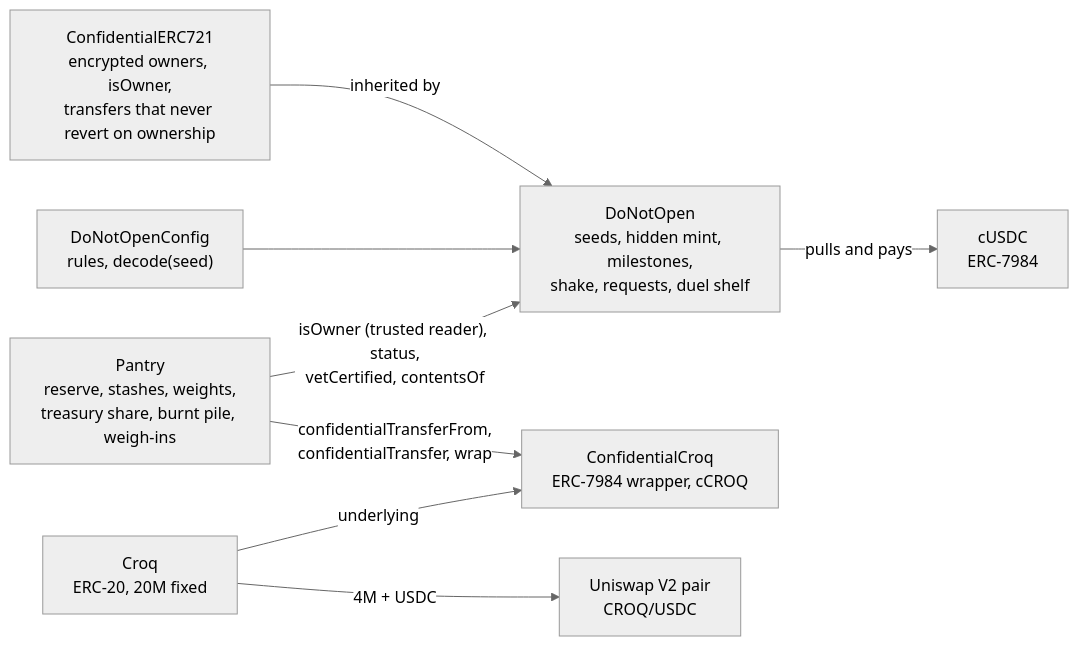
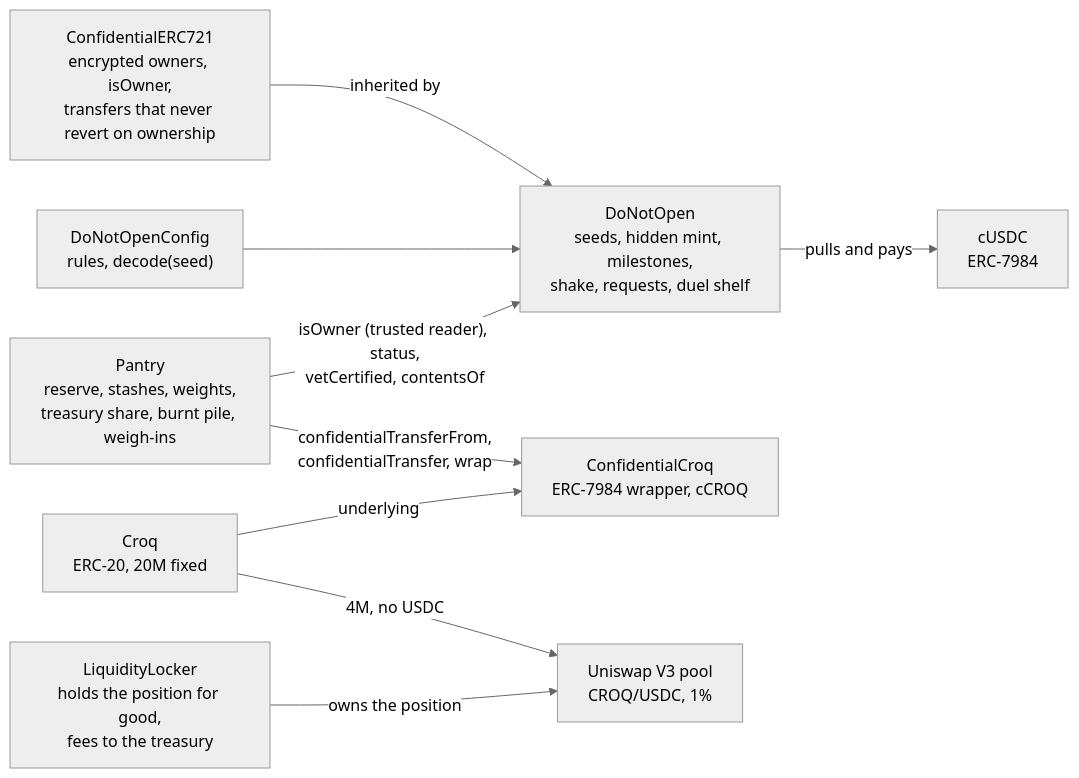
Before and after one commit to jecombe/do_not_open: the third of 6 diagrams in docs/ARCHITECTURE.md, drawn with Mermaid (neutral theme). The commit also changed other lines of this file and 58 other files, not shown here.

Commit message:
Open the CROQ market as a CROQ-only Uniswap V3 position locked for good, and redeploy the collection on Sepolia

````diff
--- a/docs/ARCHITECTURE.md
+++ b/docs/ARCHITECTURE.md
@@ -66,10 +66,11 @@
 ```mermaid
 flowchart LR
   base["ConfidentialERC721<br/>encrypted owners, isOwner,<br/>transfers that never revert on ownership"] -- "inherited by" --> dno
   cfg["DoNotOpenConfig<br/>rules, decode(seed)"] --> dno["DoNotOpen<br/>seeds, hidden mint, milestones,<br/>shake, requests, duel shelf"]
   dno -- "pulls and pays" --> cusdc["cUSDC<br/>ERC-7984"]
   croq["Croq<br/>ERC-20, 20M fixed"] -- "underlying" --> ccroq["ConfidentialCroq<br/>ERC-7984 wrapper, cCROQ"]
   pantry["Pantry<br/>reserve, stashes, weights,<br/>treasury share, burnt pile, weigh-ins"] -- "isOwner (trusted reader), status,<br/>vetCertified, contentsOf" --> dno
   pantry -- "confidentialTransferFrom,<br/>confidentialTransfer, wrap" --> ccroq
-  croq -- "4M + USDC" --> pair["Uniswap V2 pair<br/>CROQ/USDC"]
+  croq -- "4M, no USDC" --> pool["Uniswap V3 pool<br/>CROQ/USDC, 1%"]
+  locker["LiquidityLocker<br/>holds the position for good,<br/>fees to the treasury"] -- "owns the position" --> pool
 ```
````
